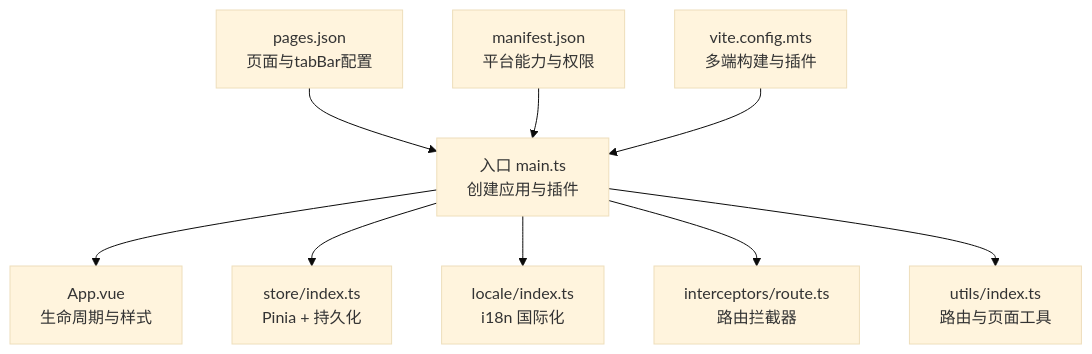
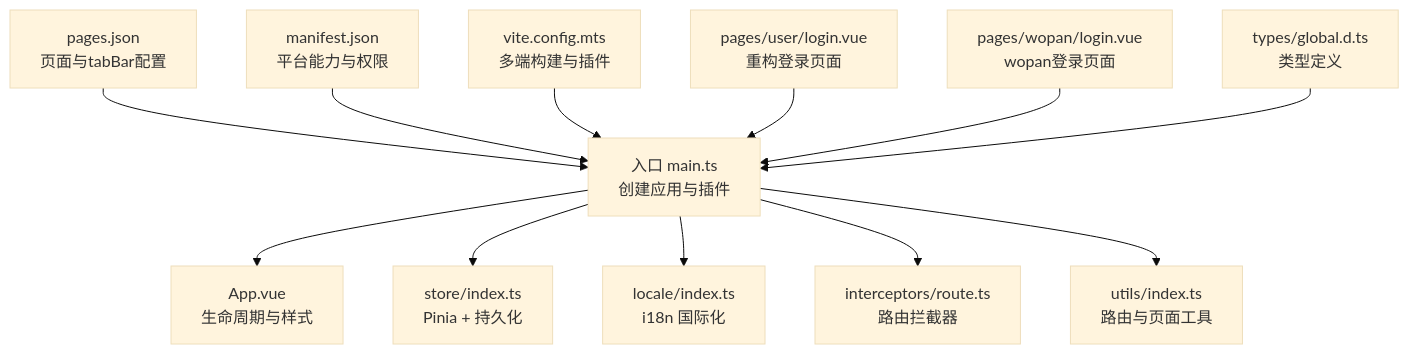
Before and after one commit to liov/hoper: the first of 10 diagrams in .qoder/repowiki/zh/content/前端应用/UniApp 小程序/UniApp 小程序.md, drawn with Mermaid (base theme). The commit also changed other lines of this file and 49 other files, not shown here.

````diff
--- a/.qoder/repowiki/zh/content/前端应用/UniApp 小程序/UniApp 小程序.md
+++ b/.qoder/repowiki/zh/content/前端应用/UniApp 小程序/UniApp 小程序.md
@@ -39,11 +46,14 @@
 ```mermaid
 graph TB
 A["入口 main.ts<br/>创建应用与插件"] --> B["App.vue<br/>生命周期与样式"]
 A --> C["store/index.ts<br/>Pinia + 持久化"]
 A --> D["locale/index.ts<br/>i18n 国际化"]
 A --> E["interceptors/route.ts<br/>路由拦截器"]
 A --> F["utils/index.ts<br/>路由与页面工具"]
 G["pages.json<br/>页面与tabBar配置"] --> A
 H["manifest.json<br/>平台能力与权限"] --> A
 I["vite.config.mts<br/>多端构建与插件"] --> A
+J["pages/user/login.vue<br/>重构登录页面"] --> A
+K["pages/wopan/login.vue<br/>wopan登录页面"] --> A
+L["types/global.d.ts<br/>类型定义"] --> A
 ```
````
